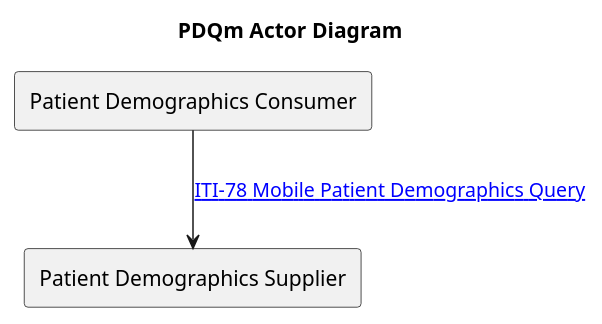
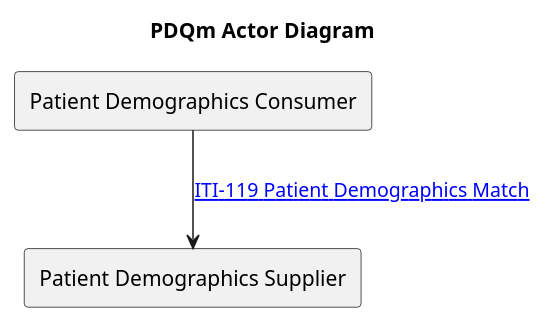
Before and after one commit to ehealthsuisse/ch-epr-fhir: the diagram in input/images-source/PDQm_actor_diagram.plantuml, drawn with PlantUML. The commit also changed 11 other files, not shown here.

```diff
--- a/input/images-source/PDQm_actor_diagram.plantuml
+++ b/input/images-source/PDQm_actor_diagram.plantuml
@@ -1,7 +1,7 @@
 @startuml
 ' https://github.com/IHE/ITI.PDQm/blob/main/input/images-source/PDQm-Actor-Diagram.plantuml
 title PDQm Actor Diagram
 agent "Patient Demographics Consumer" as Client
 agent "Patient Demographics Supplier" as Server
-Client -down-> Server  : "[[iti-78.html ITI-78 Mobile Patient Demographics Query]]"
+Client -down-> Server  : "[[iti-119.html ITI-119 Patient Demographics Match]]"
 @enduml
```
